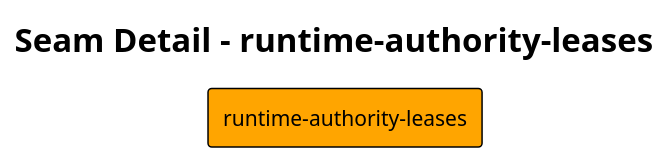
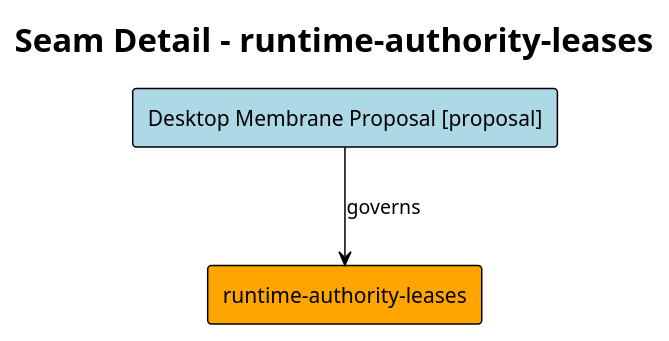
The diagram in docs/architecture/generated/seam-runtime-authority-leases.puml (likesjx/philotic-stack), drawn with PlantUML before and after one commit. The commit also changed 243 other files, not shown here.

```diff
--- a/docs/architecture/generated/seam-runtime-authority-leases.puml
+++ b/docs/architecture/generated/seam-runtime-authority-leases.puml
@@ -1,10 +1,12 @@
 @startuml
 !theme plain
 
 title Seam Detail - runtime-authority-leases
 
 rectangle "runtime-authority-leases" as runtime_authority_leases #Orange {
 }
 
+rectangle "Desktop Membrane Proposal [proposal]" as Desktop_Membrane_Proposal #LightBlue
+Desktop_Membrane_Proposal --> runtime_authority_leases : governs
 
 @enduml
```
